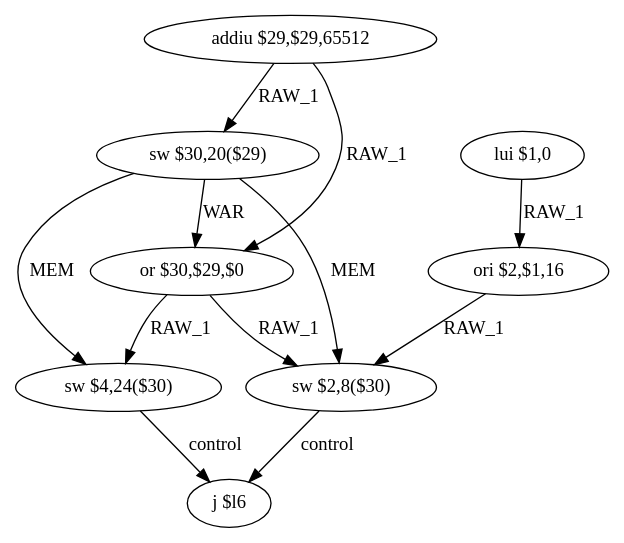
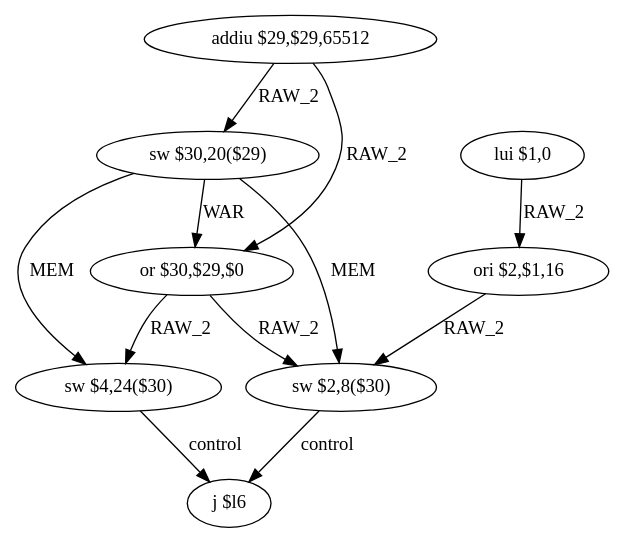
One commit to Shaolans/CA_CFG_ASM changed the diagram in CodeEtudiant/tmp/_func_1_dfg_bb0.dot. Above: the diagram before and after it, drawn with Graphviz. The commit also changed 145 other files, not shown here.

```diff
--- a/CodeEtudiant/tmp/_func_1_dfg_bb0.dot
+++ b/CodeEtudiant/tmp/_func_1_dfg_bb0.dot
@@ -1,22 +1,22 @@
 digraph G1 {
 node [shape = ellipse];
 i0 [label = "addiu $29,$29,65512"] ;
-i0 ->  i1 [label= "RAW_1"];
-i0 ->  i2 [label= "RAW_1"];
+i0 ->  i1 [label= "RAW_2"];
+i0 ->  i2 [label= "RAW_2"];
 i1 [label = "sw $30,20($29)"] ;
 i1 ->  i2 [label= "WAR"];
 i1 ->  i3 [label= "MEM"];
 i1 ->  i6 [label= "MEM"];
 i2 [label = "or $30,$29,$0"] ;
-i2 ->  i3 [label= "RAW_1"];
-i2 ->  i6 [label= "RAW_1"];
+i2 ->  i3 [label= "RAW_2"];
+i2 ->  i6 [label= "RAW_2"];
 i3 [label = "sw $4,24($30)"] ;
 i3 ->  i7 [label= "control"];
 i7 [label = "j $l6"] ;
 i6 [label = "sw $2,8($30)"] ;
 i6 ->  i7 [label= "control"];
 i4 [label = "lui $1,0"] ;
-i4 ->  i5 [label= "RAW_1"];
+i4 ->  i5 [label= "RAW_2"];
 i5 [label = "ori $2,$1,16"] ;
-i5 ->  i6 [label= "RAW_1"];
+i5 ->  i6 [label= "RAW_2"];
 }
```
